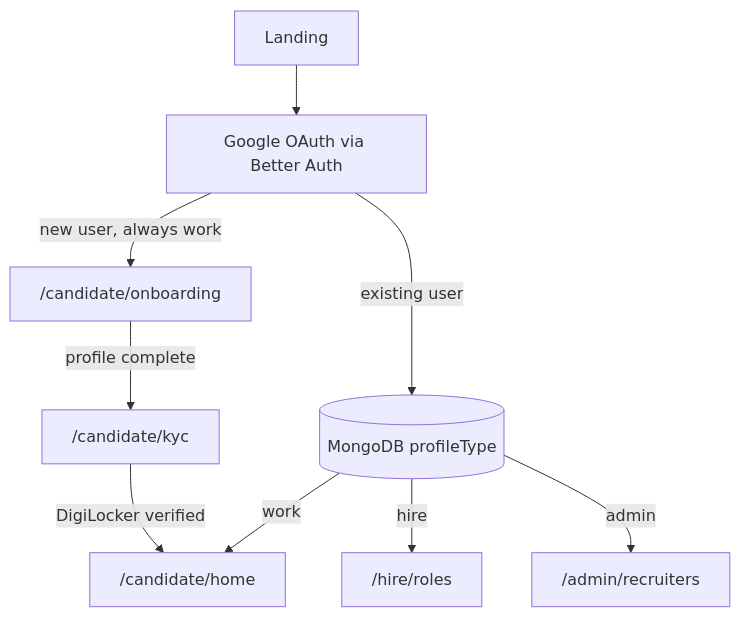
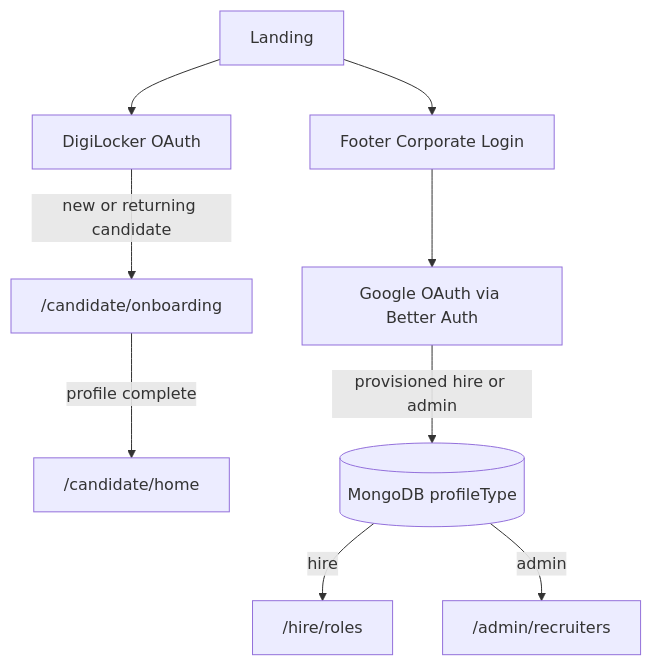
Before and after one commit to Agentic-Labs-India/Project-Bluecollarz: the first of 5 diagrams in README.md, drawn with Mermaid. The commit also changed other lines of this file and 54 other files, not shown here.

First line of the commit message:
Update environment configuration, enhance documentation, and refine candidate onboarding process

````diff
--- a/README.md
+++ b/README.md
@@ -83,12 +83,12 @@
 ```mermaid
 flowchart TD
-  Landing[Landing] --> Google[Google OAuth via Better Auth]
-  Google -->|new user, always work| Onboard["/candidate/onboarding"]
-  Onboard -->|profile complete| Kyc["/candidate/kyc"]
-  Kyc -->|DigiLocker verified| Home["/candidate/home"]
+  Landing[Landing] --> DL[DigiLocker OAuth]
+  Landing --> Corp[Footer Corporate Login]
+  DL -->|new or returning candidate| Onboard["/candidate/onboarding"]
+  Onboard -->|profile complete| Home["/candidate/home"]
 
-  Google -->|existing user| DB[(MongoDB profileType)]
-  DB -->|work| Home
+  Corp --> Google[Google OAuth via Better Auth]
+  Google -->|provisioned hire or admin| DB[(MongoDB profileType)]
   DB -->|hire| Roles["/hire/roles"]
   DB -->|admin| Admin["/admin/recruiters"]
 ```
````
